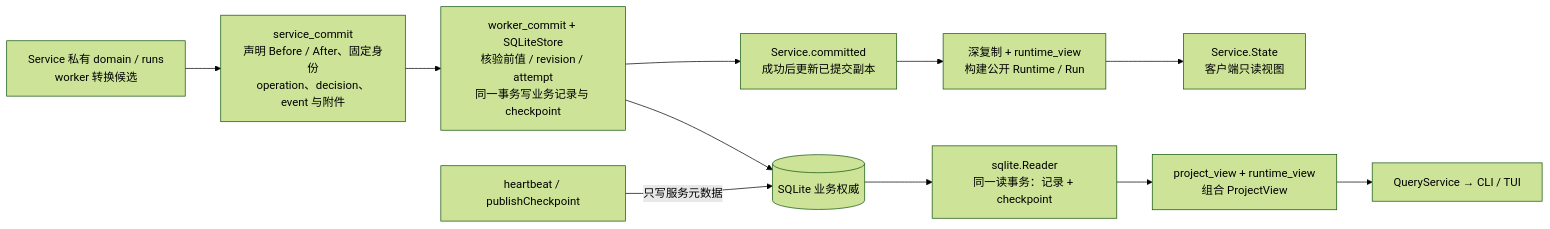
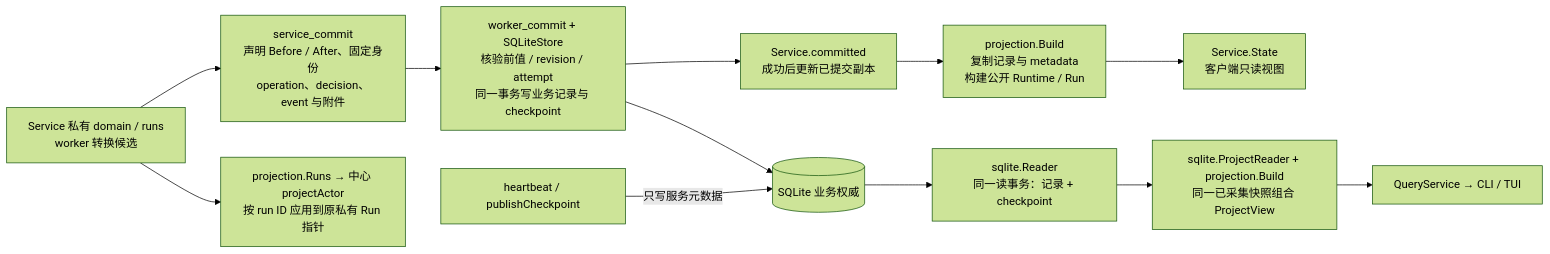
One commit to erranliu/SteerLine changed the fourth of 10 diagrams in docs/architecture/current-code-architecture.md. Above: the diagram before and after it, drawn with Mermaid (forest theme). The commit also changed other lines of this file and 17 other files, not shown here.

Commit message:
refactor: share pure runtime projections across service and SQLite

````diff
--- a/docs/architecture/current-code-architecture.md
+++ b/docs/architecture/current-code-architecture.md
@@ -233,13 +238,14 @@
 ```mermaid
 flowchart LR
     Actor["Service 私有 domain / runs<br/>worker 转换候选"] --> Declare["service_commit<br/>声明 Before / After、固定身份<br/>operation、decision、event 与附件"]
     Declare --> Writer["worker_commit + SQLiteStore<br/>核验前值 / revision / attempt<br/>同一事务写业务记录与 checkpoint"]
     Writer --> DB[("SQLite 业务权威")]
     Writer --> Committed["Service.committed<br/>成功后更新已提交副本"]
-    Committed --> Copy["深复制 + runtime_view<br/>构建公开 Runtime / Run"]
+    Committed --> Copy["projection.Build<br/>复制记录与 metadata<br/>构建公开 Runtime / Run"]
     Copy --> Public["Service.State<br/>客户端只读视图"]
+    Actor --> Private["projection.Runs → 中心 projectActor<br/>按 run ID 应用到原私有 Run 指针"]
     DB --> Reader["sqlite.Reader<br/>同一读事务：记录 + checkpoint"]
-    Reader --> Project["project_view + runtime_view<br/>组合 ProjectView"]
+    Reader --> Project["sqlite.ProjectReader + projection.Build<br/>同一已采集快照组合 ProjectView"]
     Project --> Client["QueryService → CLI / TUI"]
     Heartbeat["heartbeat / publishCheckpoint"] -->|只写服务元数据| DB
 ```
````
